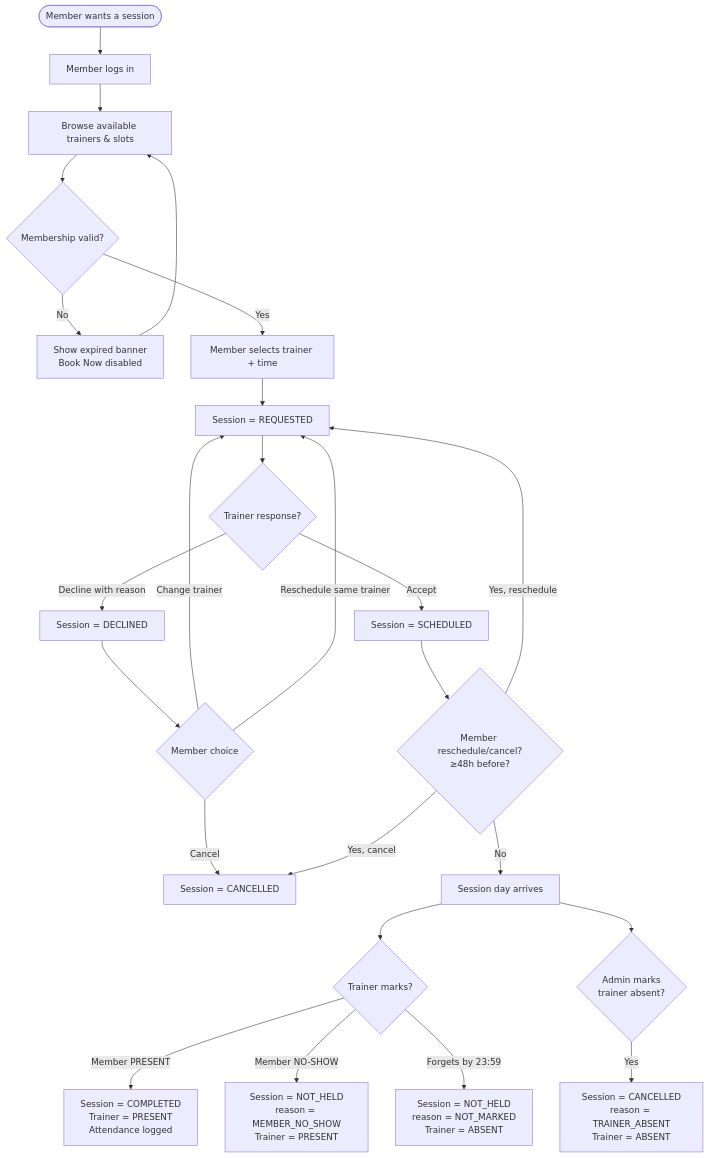
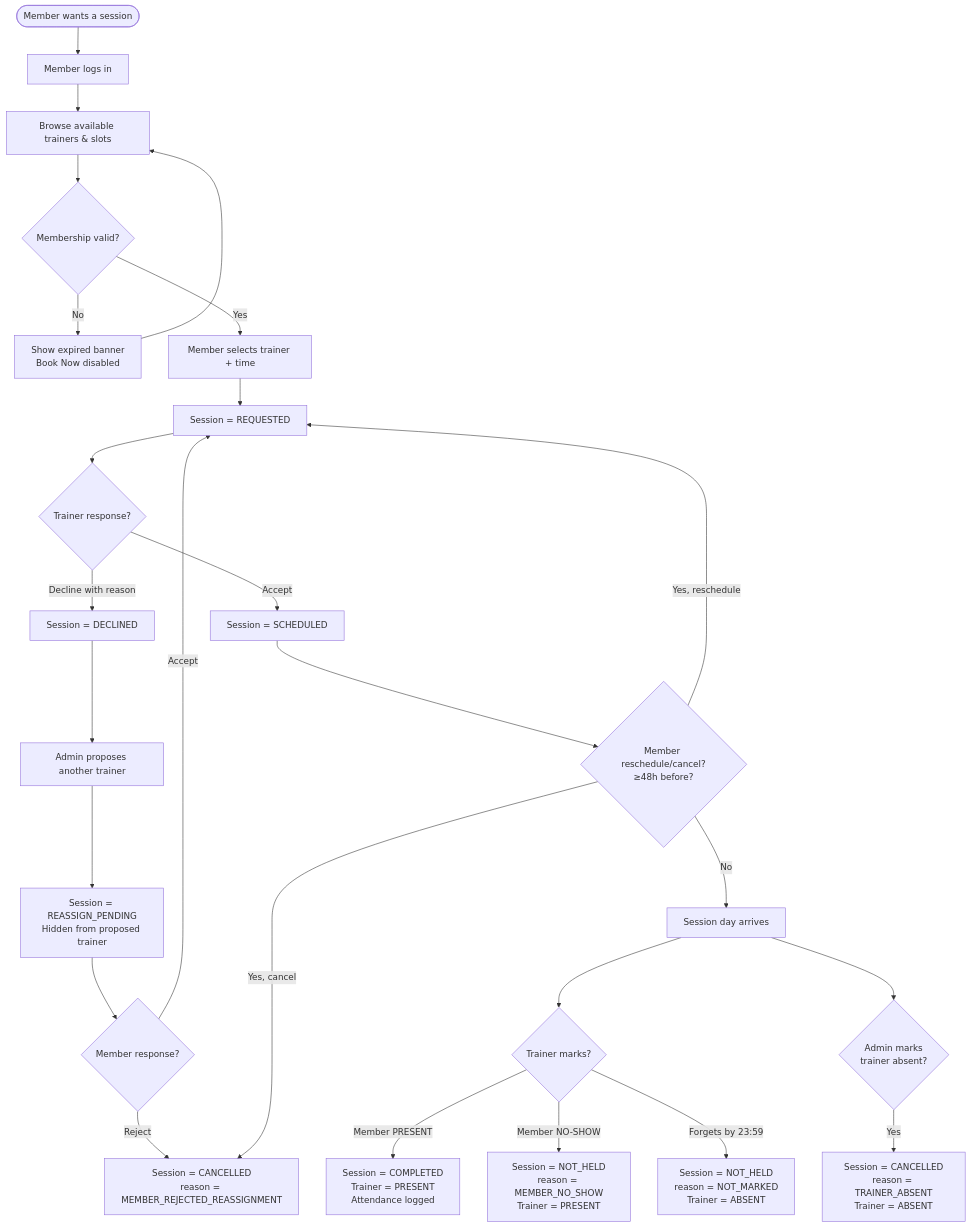
Before and after one commit to marialycoris/Gymmetry: the second of 4 diagrams in source_code/REQUIREMENTS.md, drawn with Mermaid. The commit also changed other lines of this file and 23 other files, not shown here.

Commit message:
Change process, if trainer declines, members can either accept a new trainer assigned by admin or reject (can book a new session instead).

````diff
--- a/source_code/REQUIREMENTS.md
+++ b/source_code/REQUIREMENTS.md
@@ -341,35 +349,36 @@
 ```mermaid
 flowchart TB
     Start([Member wants a session]) --> Login[Member logs in]
     Login --> Browse[Browse available trainers & slots]
     Browse --> CanBook{Membership valid?}
 
     CanBook -- No --> ShowExpired[Show expired banner<br/>Book Now disabled]
     ShowExpired --> Browse
 
     CanBook -- Yes --> Book[Member selects trainer + time]
     Book --> Requested[Session = REQUESTED]
 
     Requested --> TrainerDecide{Trainer response?}
 
     TrainerDecide -- Accept --> Scheduled[Session = SCHEDULED]
     TrainerDecide -- Decline with reason --> Declined[Session = DECLINED]
 
-    Declined --> MemberChoice{Member choice}
-    MemberChoice -- Change trainer --> Requested
-    MemberChoice -- Reschedule same trainer --> Requested
-    MemberChoice -- Cancel --> Cancelled[Session = CANCELLED]
+    Declined --> AdminReview[Admin proposes another trainer]
+    AdminReview --> ReassignPending[Session = REASSIGN_PENDING<br/>Hidden from proposed trainer]
+    ReassignPending --> MemberChoice{Member response?}
+    MemberChoice -- Accept --> Requested
+    MemberChoice -- Reject --> Cancelled[Session = CANCELLED<br/>reason = MEMBER_REJECTED_REASSIGNMENT]
 
     Scheduled --> MemberEdit{Member reschedule/cancel?<br/>≥48h before?}
     MemberEdit -- Yes, reschedule --> Requested
     MemberEdit -- Yes, cancel --> Cancelled
     MemberEdit -- No --> SessionDay[Session day arrives]
 
     SessionDay --> TrainerMark{Trainer marks?}
     TrainerMark -- Member PRESENT --> Completed[Session = COMPLETED<br/>Trainer = PRESENT<br/>Attendance logged]
     TrainerMark -- Member NO-SHOW --> NotHeld1[Session = NOT_HELD<br/>reason = MEMBER_NO_SHOW<br/>Trainer = PRESENT]
     TrainerMark -- Forgets by 23:59 --> NotHeld2[Session = NOT_HELD<br/>reason = NOT_MARKED<br/>Trainer = ABSENT]
 
     SessionDay --> AdminOverride{Admin marks<br/>trainer absent?}
     AdminOverride -- Yes --> Cancelled2[Session = CANCELLED<br/>reason = TRAINER_ABSENT<br/>Trainer = ABSENT]
 ```
````
